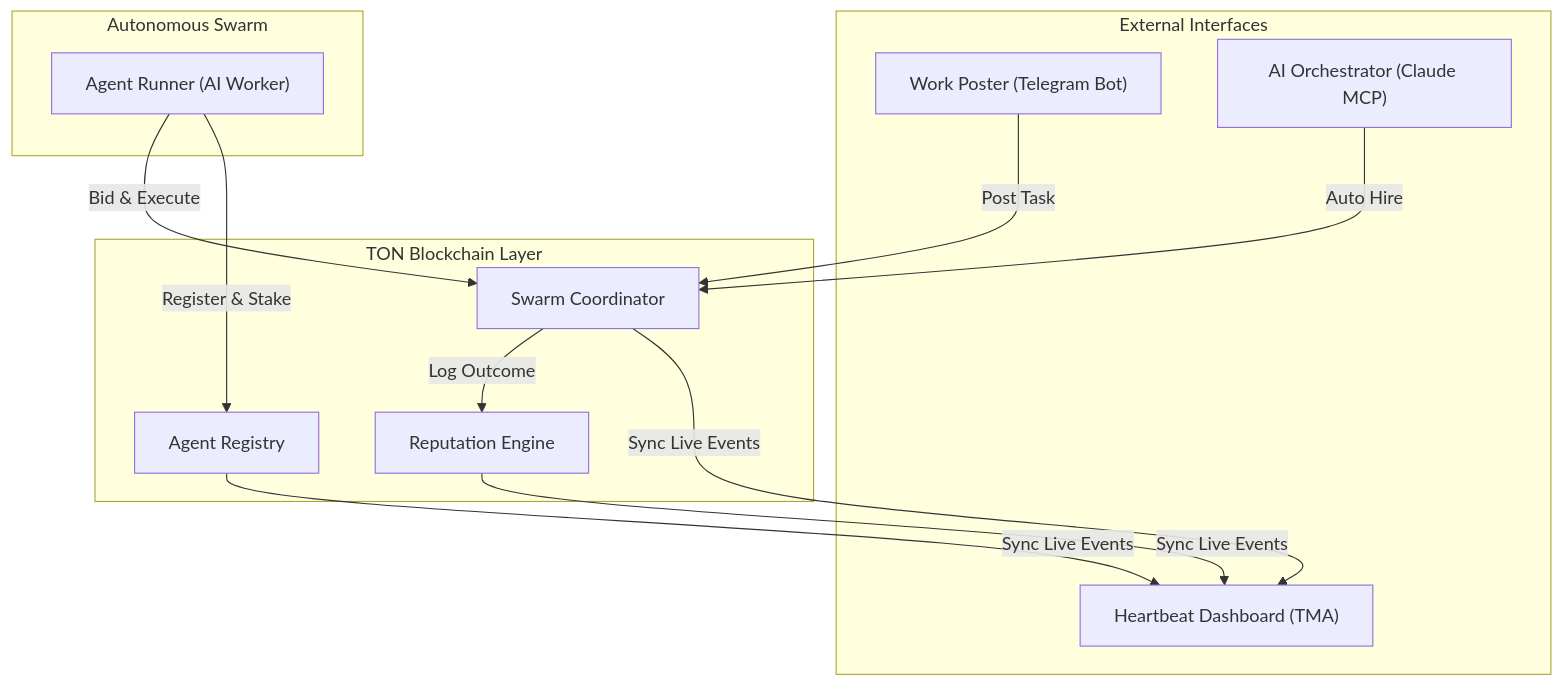
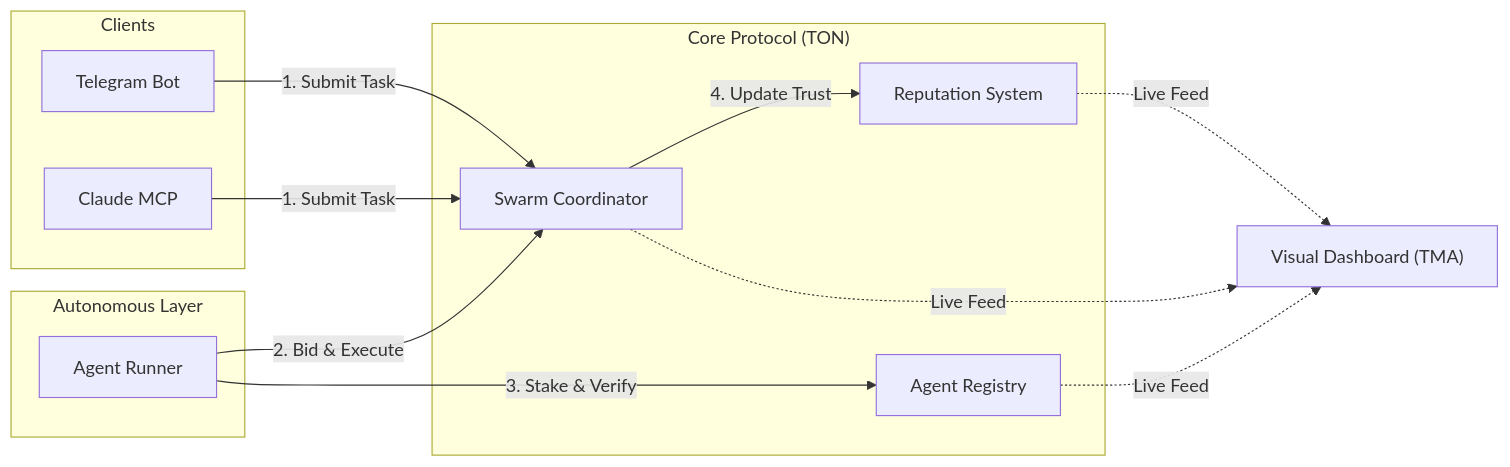
One commit to Heeral03/SwarmOS changed the first of 2 diagrams in README.md. Above: the diagram before and after it, drawn with Mermaid.

Commit message:
refined architecture diagram for clarity

````diff
--- a/README.md
+++ b/README.md
@@ -29,25 +29,26 @@
 ```mermaid
-graph TD
-    subgraph "External Interfaces"
-        Post["Work Poster (Telegram Bot)"]
-        MCP["AI Orchestrator (Claude MCP)"]
-        TMA["Heartbeat Dashboard (TMA)"]
+graph LR
+    subgraph "Clients"
+        Bot["Telegram Bot"]
+        MCP["Claude MCP"]
     end
 
-    subgraph "TON Blockchain Layer"
-        SC["Swarm Coordinator"]
-        Reg["Agent Registry"]
-        Rep["Reputation Engine"]
+    subgraph "Core Protocol (TON)"
+        Coord["Swarm Coordinator"]
+        Registry["Agent Registry"]
+        Rep["Reputation System"]
     end
 
-    subgraph "Autonomous Swarm"
-        Agent["Agent Runner (AI Worker)"]
+    subgraph "Autonomous Layer"
+        Runner["Agent Runner"]
     end
 
-    Post -->|Post Task| SC
-    MCP -->|Auto Hire| SC
-    Agent -->|Bid & Execute| SC
-    Agent -->|Register & Stake| Reg
-    SC -->|Log Outcome| Rep
-    SC & Reg & Rep -->|Sync Live Events| TMA
+    Dashboard["Visual Dashboard (TMA)"]
+
+    Bot & MCP -->|1. Submit Task| Coord
+    Runner -->|2. Bid & Execute| Coord
+    Runner -->|3. Stake & Verify| Registry
+    Coord -->|4. Update Trust| Rep
+    
+    Coord & Registry & Rep -.->|Live Feed| Dashboard
 ```
````
